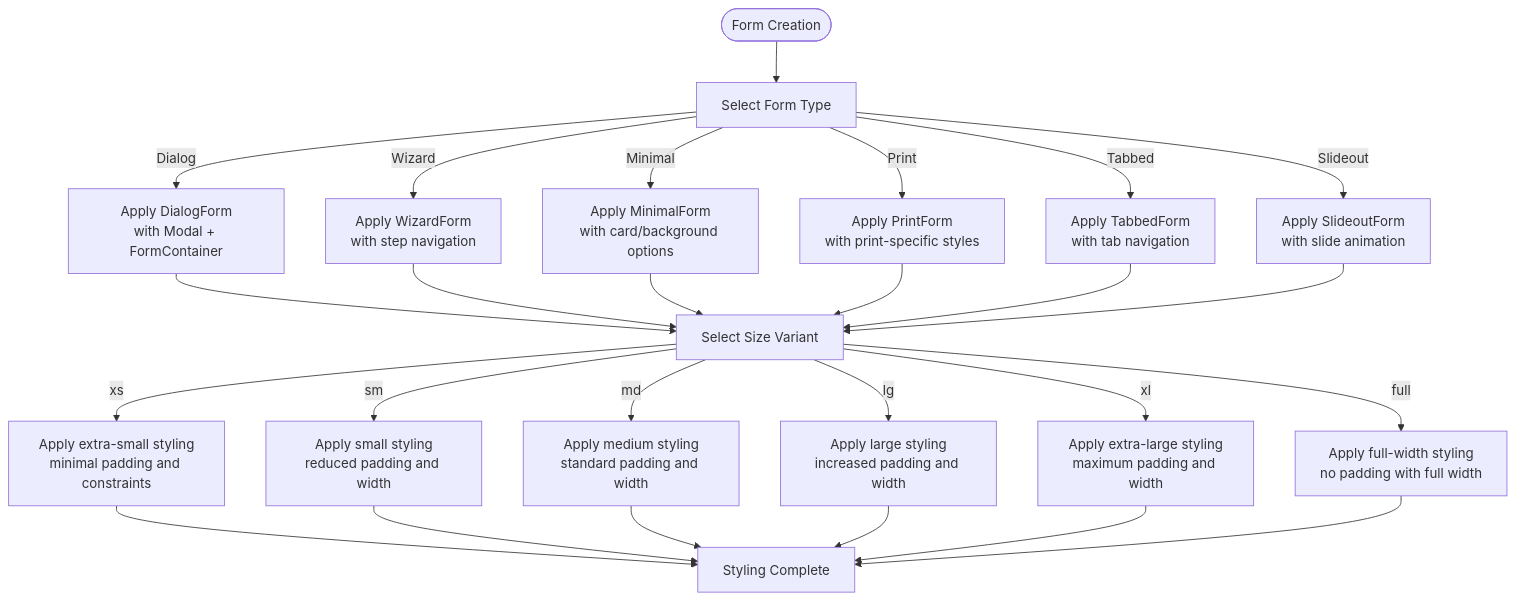
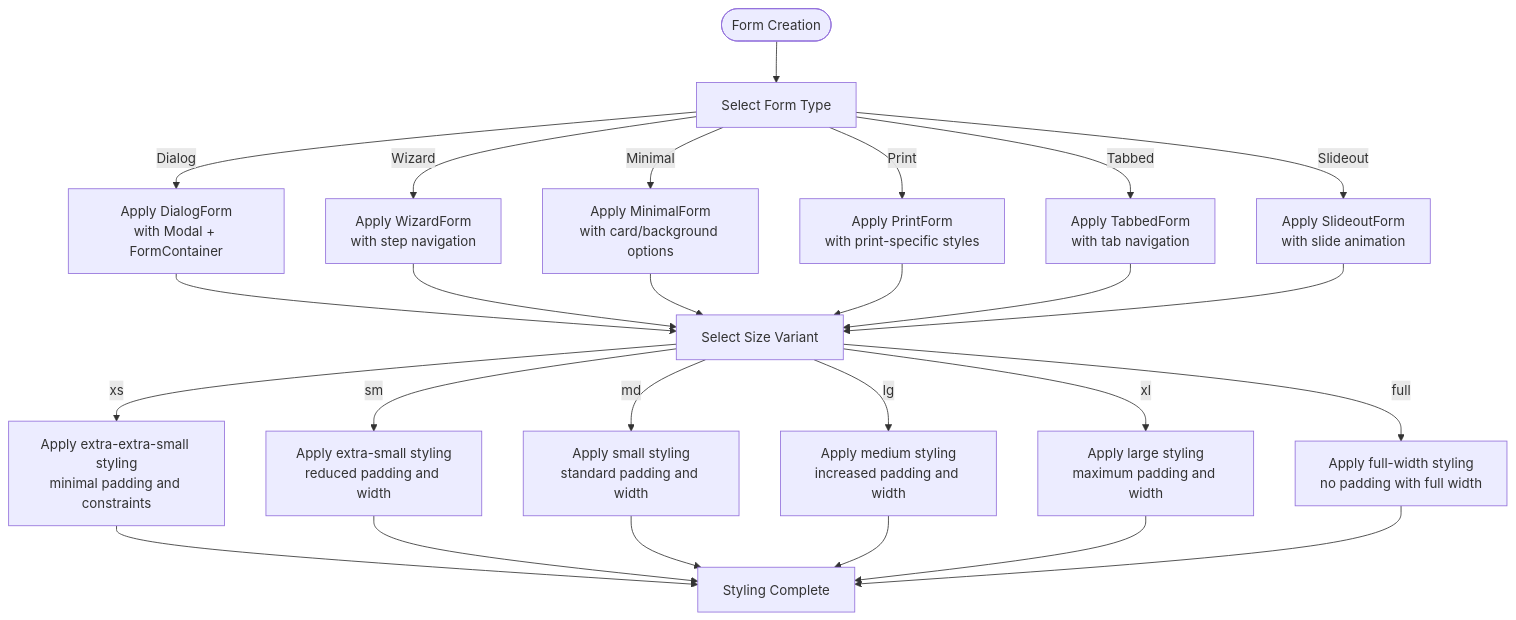
Before and after one commit to geniusdynamics/schoolpilot: the seventh of 12 diagrams in .qoder/repowiki/en/content/UI Component Library/Form Components.md, drawn with Mermaid. The commit also changed other lines of this file and 6 other files, not shown here.

````diff
--- a/.qoder/repowiki/en/content/UI Component Library/Form Components.md
+++ b/.qoder/repowiki/en/content/UI Component Library/Form Components.md
@@ -382,28 +383,28 @@
 ```mermaid
 flowchart TD
 Start([Form Creation]) --> LayoutSelection["Select Form Type"]
 LayoutSelection --> |Dialog| DialogLayout["Apply DialogForm<br/>with Modal + FormContainer"]
 LayoutSelection --> |Wizard| WizardLayout["Apply WizardForm<br/>with step navigation"]
 LayoutSelection --> |Minimal| MinimalLayout["Apply MinimalForm<br/>with card/background options"]
 LayoutSelection --> |Print| PrintLayout["Apply PrintForm<br/>with print-specific styles"]
 LayoutSelection --> |Tabbed| TabbedLayout["Apply TabbedForm<br/>with tab navigation"]
 LayoutSelection --> |Slideout| SlideoutLayout["Apply SlideoutForm<br/>with slide animation"]
 DialogLayout --> SizeSelection["Select Size Variant"]
 WizardLayout --> SizeSelection
 MinimalLayout --> SizeSelection
 PrintLayout --> SizeSelection
 TabbedLayout --> SizeSelection
 SlideoutLayout --> SizeSelection
-SizeSelection --> |xs| ApplyXS["Apply extra-small styling<br/>minimal padding and constraints"]
-SizeSelection --> |sm| ApplySM["Apply small styling<br/>reduced padding and width"]
-SizeSelection --> |md| ApplyMD["Apply medium styling<br/>standard padding and width"]
-SizeSelection --> |lg| ApplyLG["Apply large styling<br/>increased padding and width"]
-SizeSelection --> |xl| ApplyXL["Apply extra-large styling<br/>maximum padding and width"]
+SizeSelection --> |xs| ApplyXS["Apply extra-extra-small styling<br/>minimal padding and constraints"]
+SizeSelection --> |sm| ApplySM["Apply extra-small styling<br/>reduced padding and width"]
+SizeSelection --> |md| ApplyMD["Apply small styling<br/>standard padding and width"]
+SizeSelection --> |lg| ApplyLG["Apply medium styling<br/>increased padding and width"]
+SizeSelection --> |xl| ApplyXL["Apply large styling<br/>maximum padding and width"]
 SizeSelection --> |full| ApplyFULL["Apply full-width styling<br/>no padding with full width"]
 ApplyXS --> StylingComplete["Styling Complete"]
 ApplySM --> StylingComplete
 ApplyMD --> StylingComplete
 ApplyLG --> StylingComplete
 ApplyXL --> StylingComplete
 ApplyFULL --> StylingComplete
 ```
````
